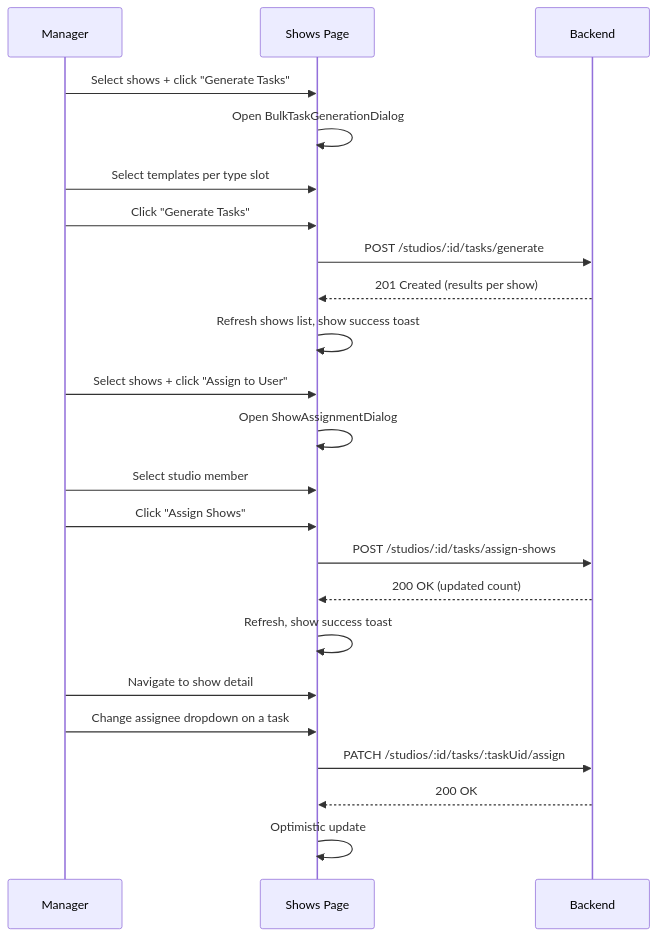
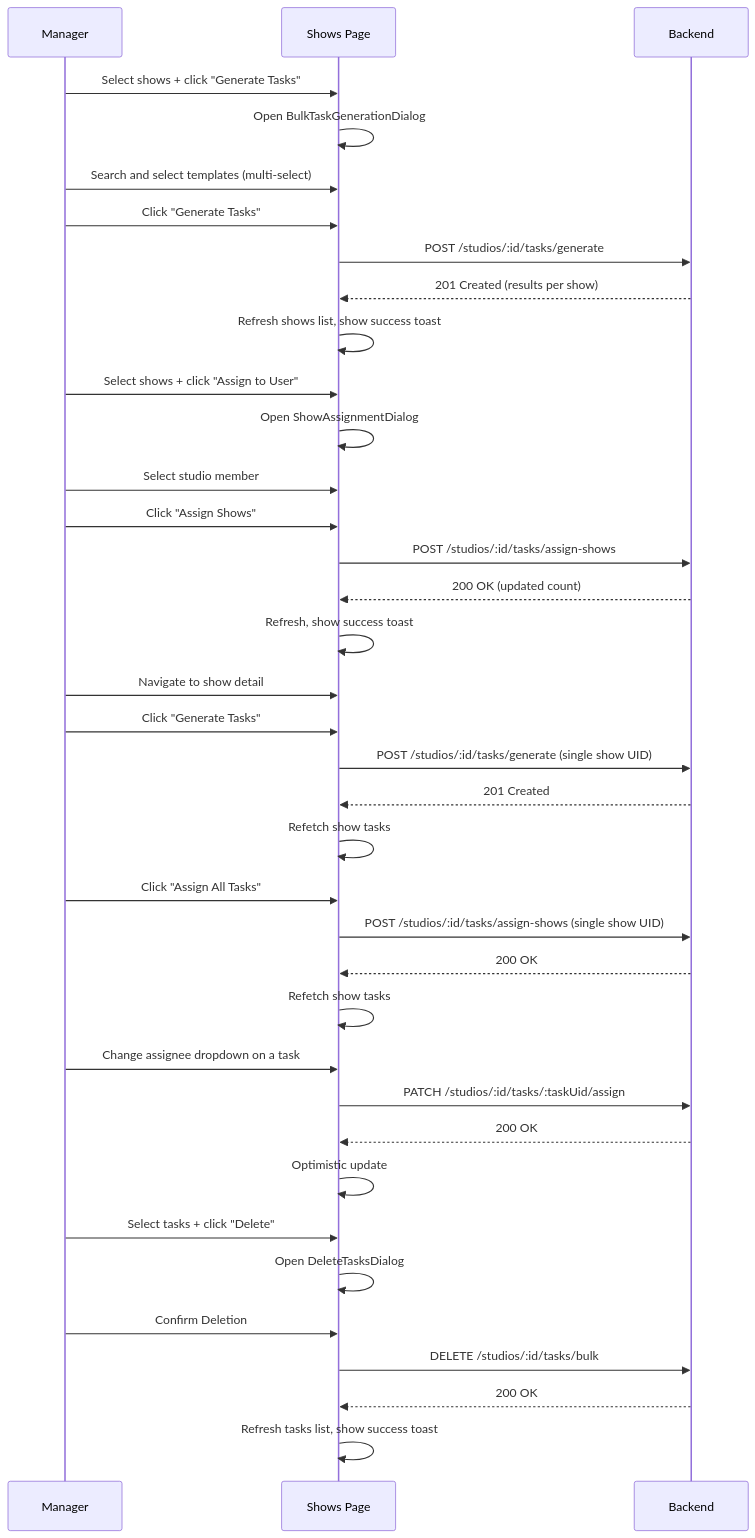
One commit to allenlin90/eridu-services changed the diagram in apps/erify_studios/docs/TASK_MANAGEMENT_UIUX_DESIGN.md. Above: the diagram before and after it, drawn with Mermaid. The commit also changed other lines of this file and 242 other files, not shown here.

````diff
--- a/apps/erify_studios/docs/TASK_MANAGEMENT_UIUX_DESIGN.md
+++ b/apps/erify_studios/docs/TASK_MANAGEMENT_UIUX_DESIGN.md
@@ -1502,28 +1978,45 @@
 ```mermaid
 sequenceDiagram
     participant M as Manager
     participant UI as Shows Page
     participant API as Backend
 
     M->>UI: Select shows + click "Generate Tasks"
     UI->>UI: Open BulkTaskGenerationDialog
-    M->>UI: Select templates per type slot
+    M->>UI: Search and select templates (multi-select)
     M->>UI: Click "Generate Tasks"
     UI->>API: POST /studios/:id/tasks/generate
     API-->>UI: 201 Created (results per show)
     UI->>UI: Refresh shows list, show success toast
 
     M->>UI: Select shows + click "Assign to User"
     UI->>UI: Open ShowAssignmentDialog
     M->>UI: Select studio member
     M->>UI: Click "Assign Shows"
     UI->>API: POST /studios/:id/tasks/assign-shows
     API-->>UI: 200 OK (updated count)
     UI->>UI: Refresh, show success toast
 
     M->>UI: Navigate to show detail
+    M->>UI: Click "Generate Tasks"
+    UI->>API: POST /studios/:id/tasks/generate (single show UID)
+    API-->>UI: 201 Created
+    UI->>UI: Refetch show tasks
+
+    M->>UI: Click "Assign All Tasks"
+    UI->>API: POST /studios/:id/tasks/assign-shows (single show UID)
+    API-->>UI: 200 OK
+    UI->>UI: Refetch show tasks
+
     M->>UI: Change assignee dropdown on a task
     UI->>API: PATCH /studios/:id/tasks/:taskUid/assign
     API-->>UI: 200 OK
     UI->>UI: Optimistic update
+
+    M->>UI: Select tasks + click "Delete"
+    UI->>UI: Open DeleteTasksDialog
+    M->>UI: Confirm Deletion
+    UI->>API: DELETE /studios/:id/tasks/bulk
+    API-->>UI: 200 OK
+    UI->>UI: Refresh tasks list, show success toast
 ```
````
